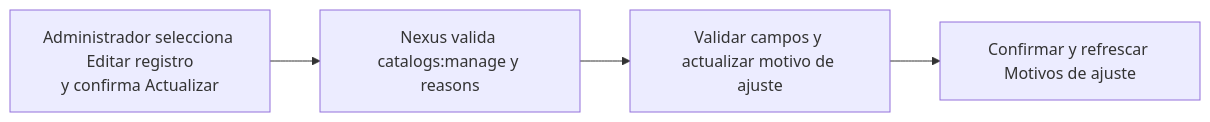
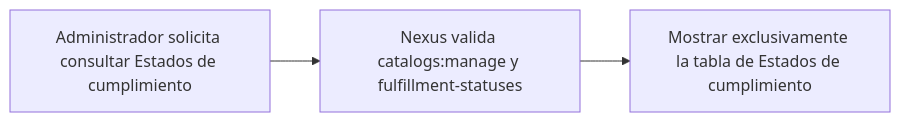
One commit to gpgsistemas01/nexus changed the diagram in docs/requirements/diagrams/catalogs/cu-cat-24.md. Above: the diagram before and after it, drawn with Mermaid. The commit also changed other lines of this file and 167 other files, not shown here.

````diff
--- a/docs/requirements/diagrams/catalogs/cu-cat-24.md
+++ b/docs/requirements/diagrams/catalogs/cu-cat-24.md
@@ -3,6 +3,5 @@
 ```mermaid
 flowchart LR
-    request["Administrador selecciona Editar registro<br/>y confirma Actualizar"] --> authorize["Nexus valida catalogs:manage y reasons"]
-    authorize --> persist["Validar campos y actualizar motivo de ajuste"]
-    persist --> result["Confirmar y refrescar Motivos de ajuste"]
+    request["Administrador solicita consultar Estados de cumplimiento"] --> authorize["Nexus valida catalogs:manage y fulfillment-statuses"]
+    authorize --> result["Mostrar exclusivamente la tabla de Estados de cumplimiento"]
 ```
````
